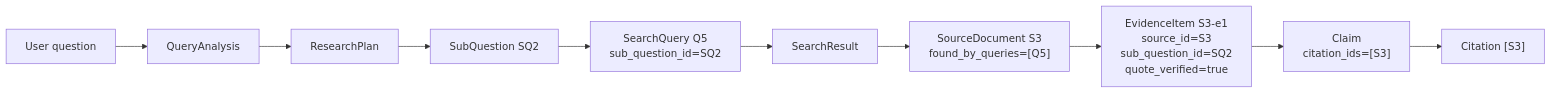
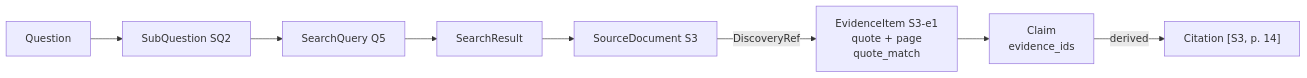
The third of 4 diagrams in docs/ARCHITECTURE.md (NirmalKumar31/agentic-research-engine), drawn with Mermaid before and after one commit. The commit also changed other lines of this file and 1 other file, not shown here.

````diff
--- a/docs/ARCHITECTURE.md
+++ b/docs/ARCHITECTURE.md
@@ -283,12 +306,10 @@
 ```mermaid
 graph LR
-    Q[User question] --> A[QueryAnalysis]
-    A --> P[ResearchPlan]
-    P --> SQ["SubQuestion SQ2"]
-    SQ --> SE["SearchQuery Q5<br/>sub_question_id=SQ2"]
+    Q[Question] --> SQ[SubQuestion SQ2]
+    SQ --> SE[SearchQuery Q5]
     SE --> SR[SearchResult]
-    SR --> SD["SourceDocument S3<br/>found_by_queries=[Q5]"]
-    SD --> EV["EvidenceItem S3-e1<br/>source_id=S3<br/>sub_question_id=SQ2<br/>quote_verified=true"]
-    EV --> CL["Claim<br/>citation_ids=[S3]"]
-    CL --> CI["Citation [S3]"]
+    SR --> SD[SourceDocument S3]
+    SD -- DiscoveryRef --> EV["EvidenceItem S3-e1<br/>quote + page<br/>quote_match"]
+    EV --> CL["Claim<br/>evidence_ids"]
+    CL -- derived --> CI["Citation [S3, p. 14]"]
 ```
````
